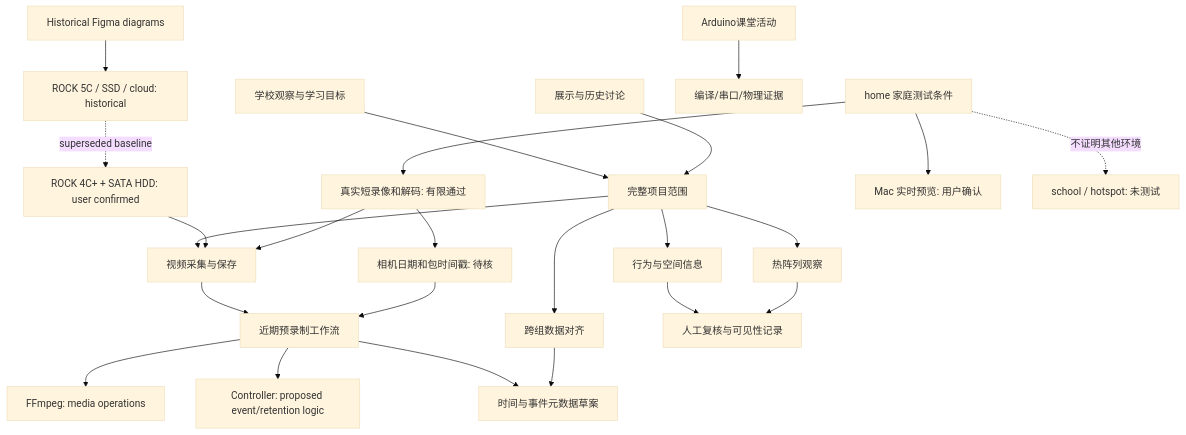
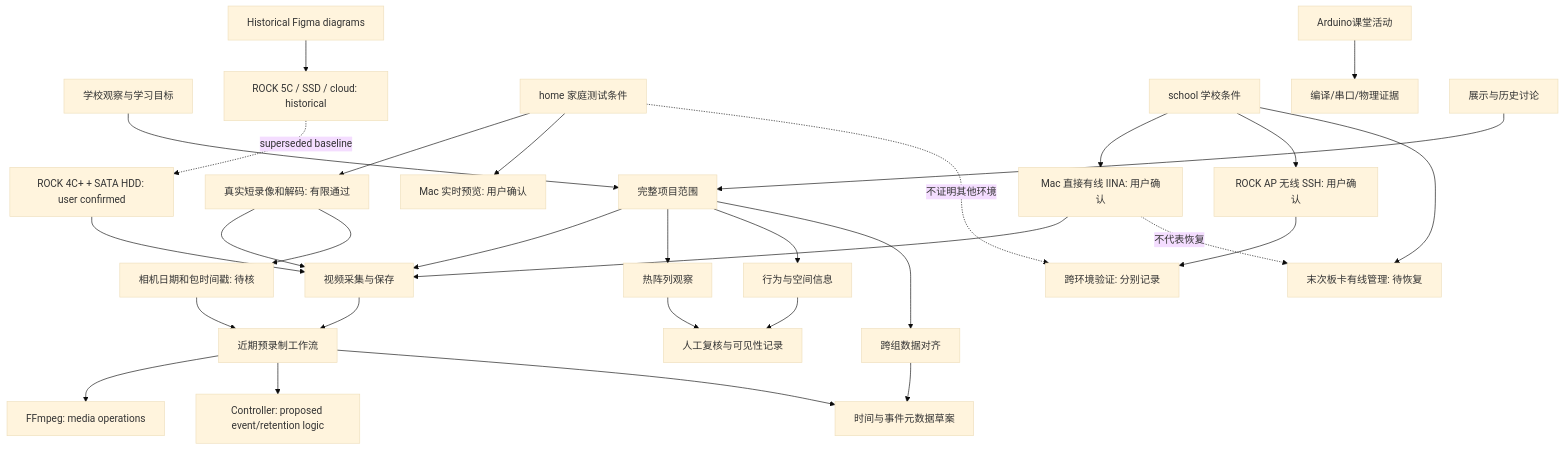
One commit to OrsonJyu/Lab-Studies-in-Systems-Design changed the diagram in knowledge/NETWORK.md. Above: the diagram before and after it, drawn with Mermaid (base theme). The commit also changed other lines of this file and 29 other files, not shown here.

Commit message:
docs: record school network variants and wired IINA preview

````diff
--- a/knowledge/NETWORK.md
+++ b/knowledge/NETWORK.md
@@ -5,26 +5,32 @@
 ```mermaid
 flowchart TD
     G[学校观察与学习目标] --> S[完整项目范围]
     S --> V[视频采集与保存]
     S --> T[热阵列观察]
     S --> B[行为与空间信息]
     S --> X[跨组数据对齐]
     H[ROCK 4C+ + SATA HDD: user confirmed] --> V
     Z[Historical Figma diagrams] --> O
     O[ROCK 5C / SSD / cloud: historical] -. superseded baseline .-> H
     V --> P[近期预录制工作流]
     HOME[home 家庭测试条件] --> REC[真实短录像和解码: 有限通过]
     REC --> V
     HOME --> LIVE[Mac 实时预览: 用户确认]
     REC --> CLOCK[相机日期和包时间戳: 待核]
     CLOCK --> P
-    HOME -. 不证明其他环境 .-> MOBILE[school / hotspot: 未测试]
+    HOME -. 不证明其他环境 .-> MOBILE[跨环境验证: 分别记录]
+    SCHOOL[school 学校条件] --> WIRED[Mac 直接有线 IINA: 用户确认]
+    SCHOOL --> AP[ROCK AP 无线 SSH: 用户确认]
+    AP --> MOBILE
+    WIRED --> V
+    SCHOOL --> MGMT[末次板卡有线管理: 待恢复]
+    WIRED -. 不代表恢复 .-> MGMT
     P --> F[FFmpeg: media operations]
     P --> C[Controller: proposed event/retention logic]
     P --> M[时间与事件元数据草案]
     X --> M
     B --> R[人工复核与可见性记录]
     T --> R
     A[Arduino课堂活动] --> E[编译/串口/物理证据]
     D[展示与历史讨论] --> S
 ```
````
